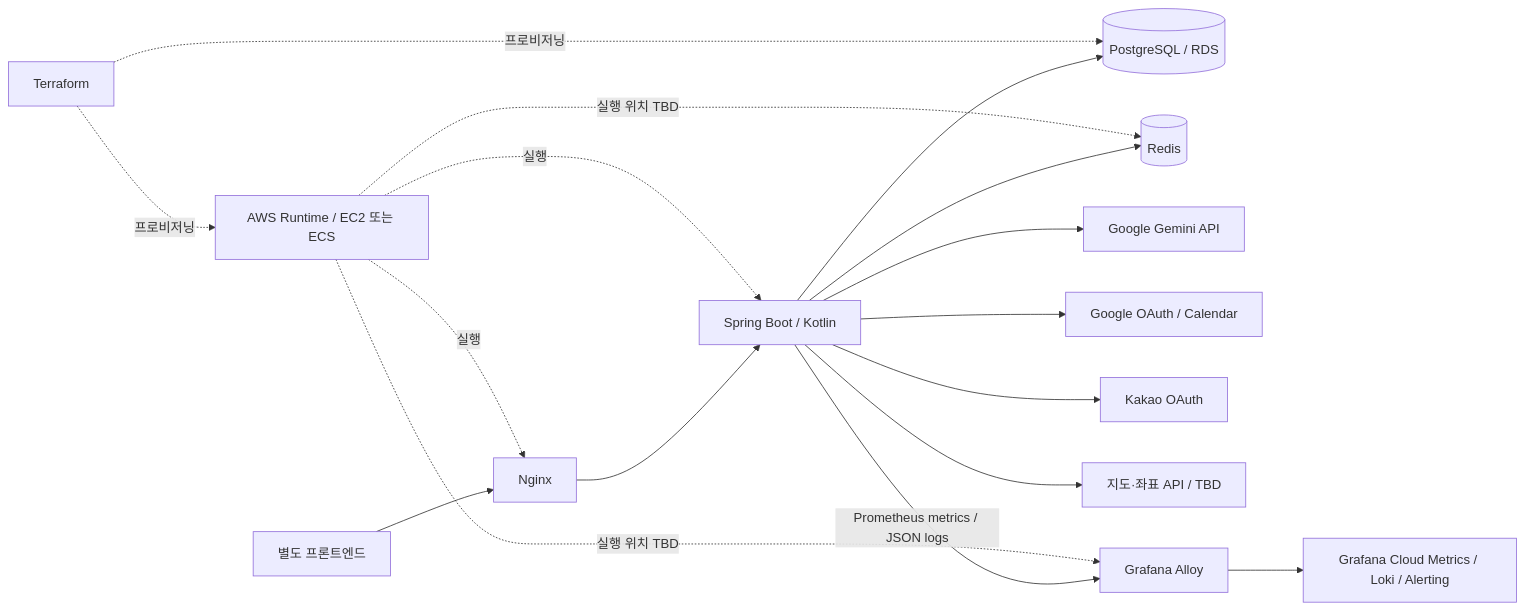
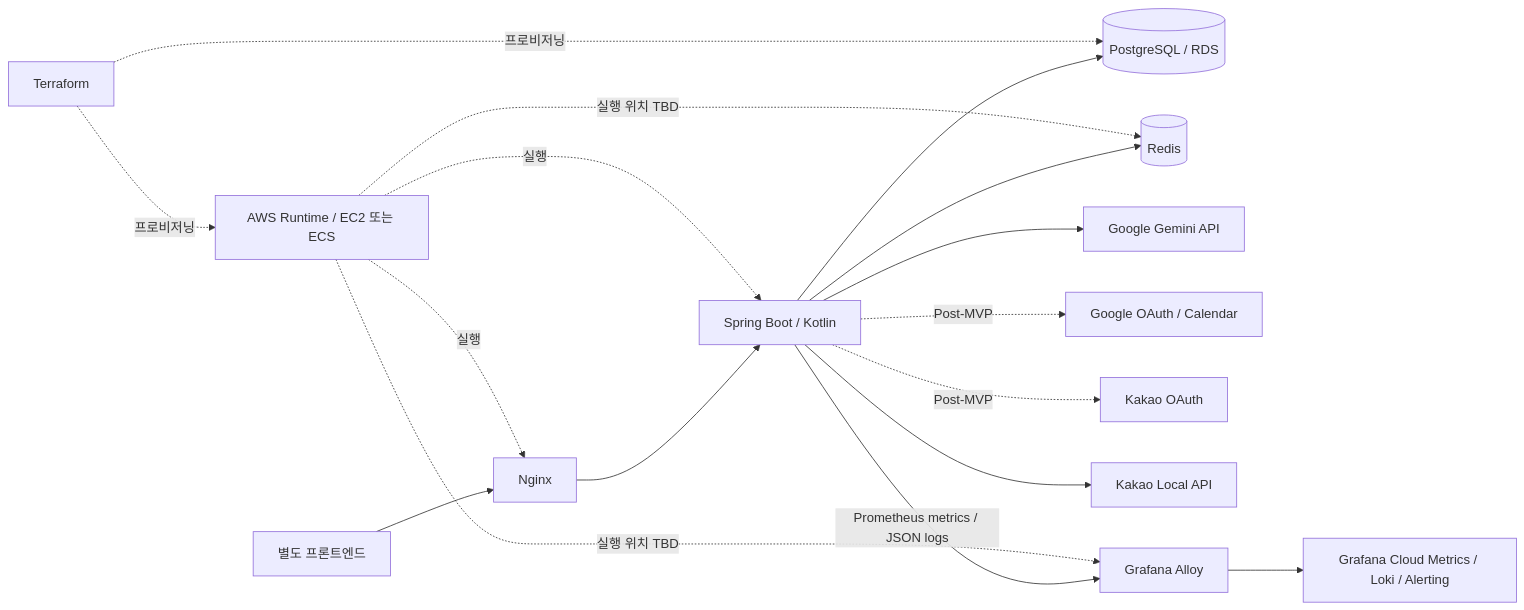
The diagram in docs/ARCHITECTURE.md (meet-me-duo/meet-me-server), drawn with Mermaid before and after one commit. The commit also changed other lines of this file and 7 other files, not shown here.

````diff
--- a/docs/ARCHITECTURE.md
+++ b/docs/ARCHITECTURE.md
@@ -43,21 +43,21 @@
 ```mermaid
 flowchart LR
     Client[별도 프론트엔드] --> Nginx[Nginx]
     Nginx --> App[Spring Boot / Kotlin]
 
     App --> Postgres[(PostgreSQL / RDS)]
     App --> Redis[(Redis)]
     App --> Gemini[Google Gemini API]
-    App --> Google[Google OAuth / Calendar]
-    App --> Kakao[Kakao OAuth]
-    App --> Map[지도·좌표 API / TBD]
+    App -. Post-MVP .-> Google[Google OAuth / Calendar]
+    App -. Post-MVP .-> Kakao[Kakao OAuth]
+    App --> Map[Kakao Local API]
     App -->|Prometheus metrics / JSON logs| Alloy[Grafana Alloy]
     Alloy --> GrafanaCloud[Grafana Cloud Metrics / Loki / Alerting]
 
     Terraform[Terraform] -. 프로비저닝 .-> Runtime[AWS Runtime / EC2 또는 ECS]
     Terraform -. 프로비저닝 .-> Postgres
     Runtime -. 실행 .-> Nginx
     Runtime -. 실행 .-> App
     Runtime -. 실행 위치 TBD .-> Redis
     Runtime -. 실행 위치 TBD .-> Alloy
 ```
````
